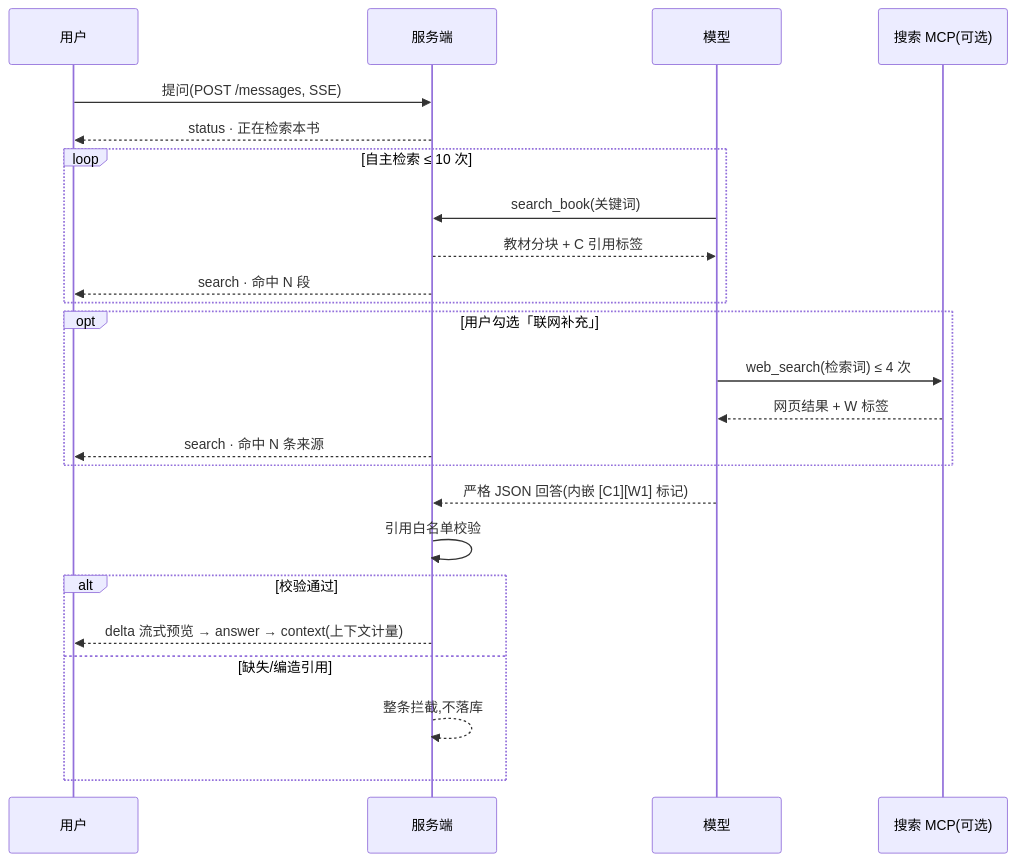
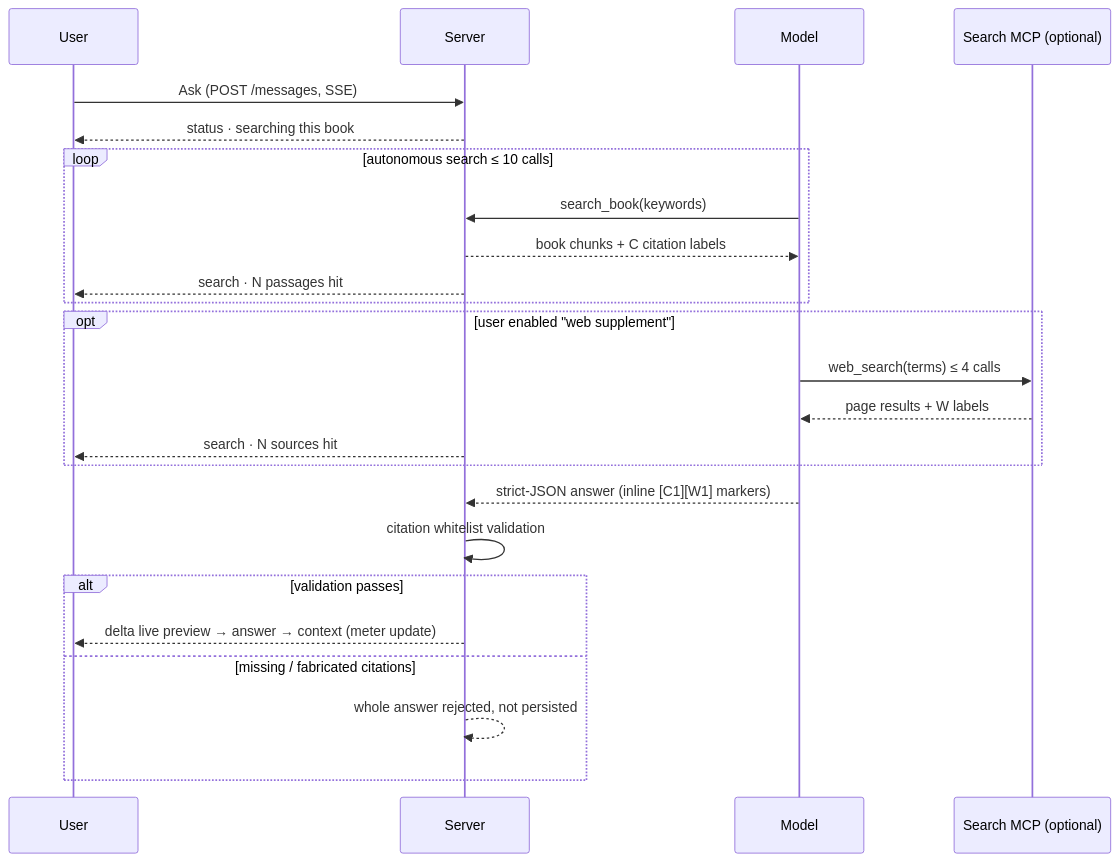
Before and after one commit to Zafer-Liu/book-learning: the second of 4 diagrams in README.md, drawn with Mermaid. The commit also changed other lines of this file and 2 other files, not shown here.

````diff
--- a/README.md
+++ b/README.md
@@ -50,26 +52,26 @@
 ```mermaid
 sequenceDiagram
-    participant U as 用户
-    participant S as 服务端
-    participant M as 模型
-    participant W as 搜索 MCP(可选)
-    U->>S: 提问(POST /messages, SSE)
-    S-->>U: status · 正在检索本书
-    loop 自主检索 ≤ 10 次
-        M->>S: search_book(关键词)
-        S-->>M: 教材分块 + C 引用标签
-        S-->>U: search · 命中 N 段
+    participant U as User
+    participant S as Server
+    participant M as Model
+    participant W as Search MCP (optional)
+    U->>S: Ask (POST /messages, SSE)
+    S-->>U: status · searching this book
+    loop autonomous search ≤ 10 calls
+        M->>S: search_book(keywords)
+        S-->>M: book chunks + C citation labels
+        S-->>U: search · N passages hit
     end
-    opt 用户勾选「联网补充」
-        M->>W: web_search(检索词) ≤ 4 次
-        W-->>M: 网页结果 + W 标签
-        S-->>U: search · 命中 N 条来源
+    opt user enabled "web supplement"
+        M->>W: web_search(terms) ≤ 4 calls
+        W-->>M: page results + W labels
+        S-->>U: search · N sources hit
     end
-    M-->>S: 严格 JSON 回答(内嵌 [C1][W1] 标记)
-    S->>S: 引用白名单校验
-    alt 校验通过
-        S-->>U: delta 流式预览 → answer → context(上下文计量)
-    else 缺失/编造引用
-        S-->>S: 整条拦截,不落库
+    M-->>S: strict-JSON answer (inline [C1][W1] markers)
+    S->>S: citation whitelist validation
+    alt validation passes
+        S-->>U: delta live preview → answer → context (meter update)
+    else missing / fabricated citations
+        S-->>S: whole answer rejected, not persisted
     end
 ```
````
